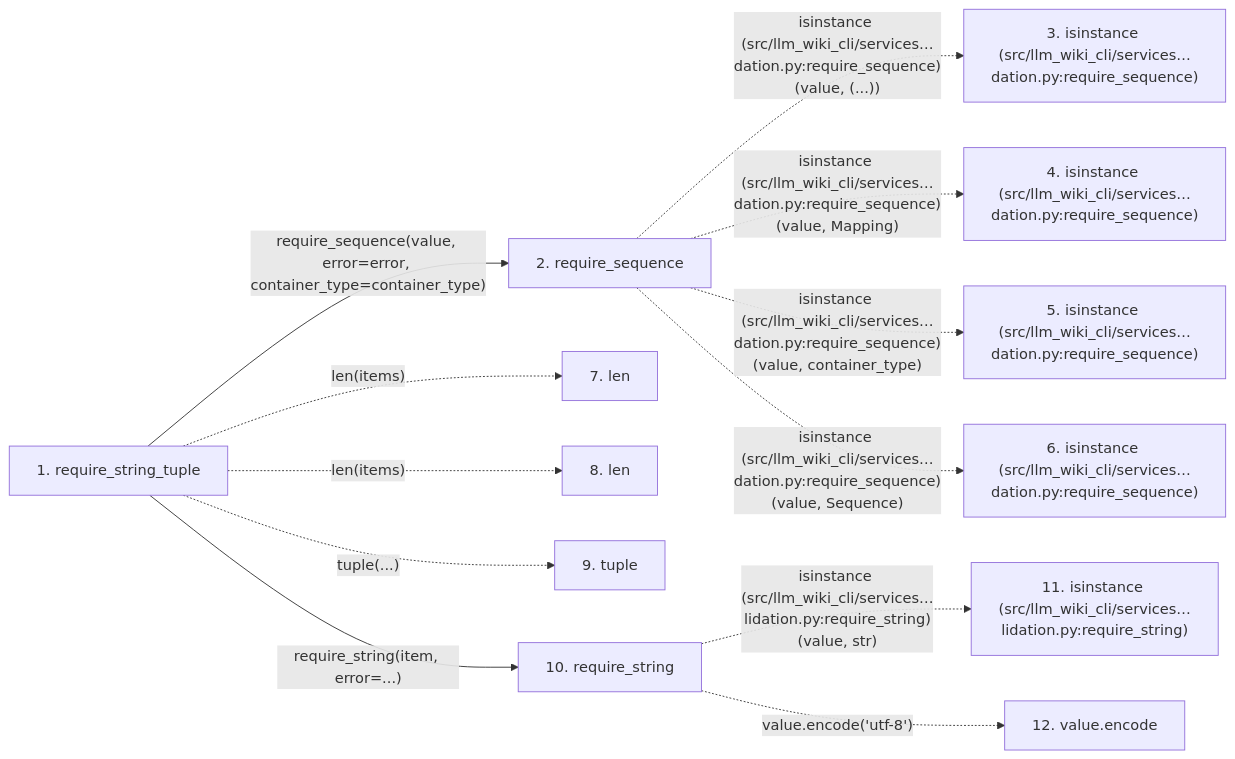
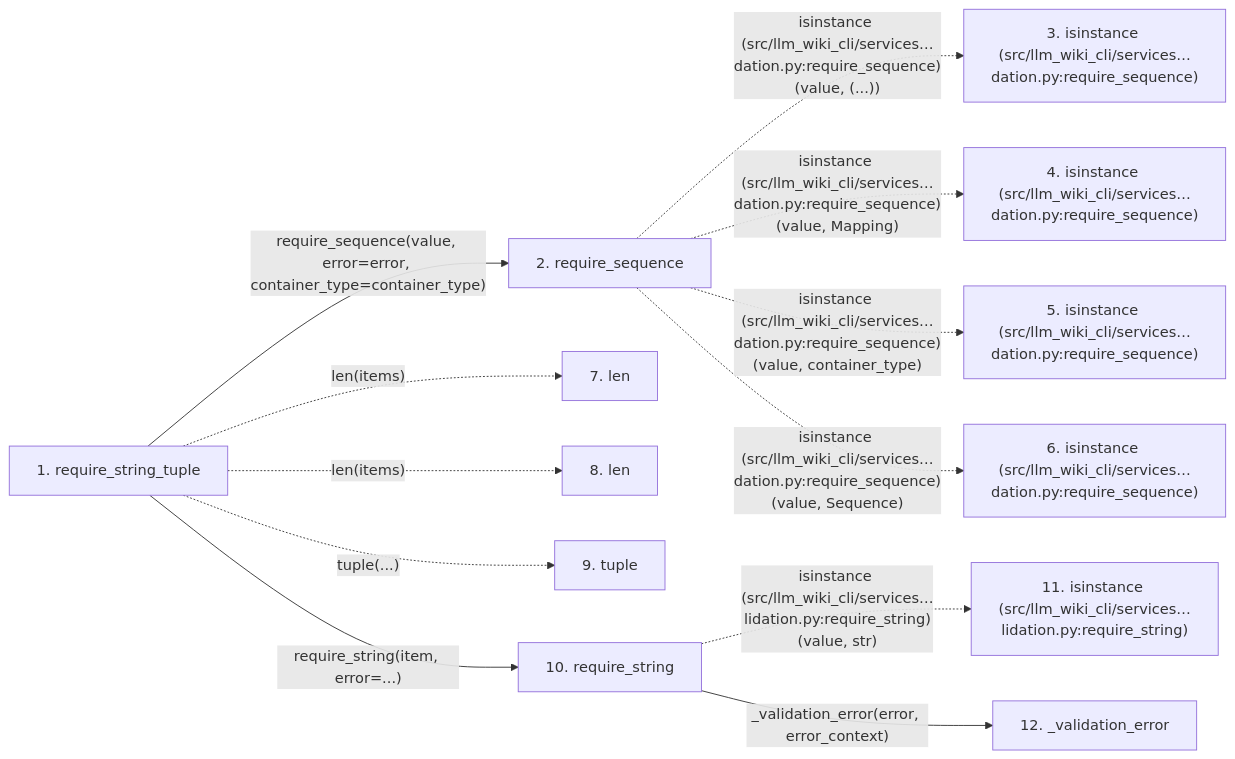
The second of 2 diagrams in docs/llm_wiki/flows/api-require_string_tuple.md (Denissvgn/python-wiki-llm), drawn with Mermaid before and after one commit. The commit also changed other lines of this file and 627 other files, not shown here.

````diff
--- a/docs/llm_wiki/flows/api-require_string_tuple.md
+++ b/docs/llm_wiki/flows/api-require_string_tuple.md
@@ -55,29 +62,30 @@
 ```mermaid
 flowchart LR
     s1["1. require_string_tuple"]
     s2["2. require_sequence"]
     s3["3. isinstance (src/llm_wiki_cli/services…dation.py:require_sequence)"]
     s4["4. isinstance (src/llm_wiki_cli/services…dation.py:require_sequence)"]
     s5["5. isinstance (src/llm_wiki_cli/services…dation.py:require_sequence)"]
     s6["6. isinstance (src/llm_wiki_cli/services…dation.py:require_sequence)"]
     s7["7. len"]
     s8["8. len"]
     s9["9. tuple"]
     s10["10. require_string"]
     s11["11. isinstance (src/llm_wiki_cli/services…lidation.py:require_string)"]
-    s12["12. value.encode"]
+    s12["12. _validation_error"]
     s1 -->|"require_sequence(value, error=error, container_type=container_type)"| s2
     s2 -. "isinstance (src/llm_wiki_cli/services…dation.py:require_sequence)(value, (...))" .-> s3
     s2 -. "isinstance (src/llm_wiki_cli/services…dation.py:require_sequence)(value, Mapping)" .-> s4
     s2 -. "isinstance (src/llm_wiki_cli/services…dation.py:require_sequence)(value, container_type)" .-> s5
     s2 -. "isinstance (src/llm_wiki_cli/services…dation.py:require_sequence)(value, Sequence)" .-> s6
     s1 -. "len(items)" .-> s7
     s1 -. "len(items)" .-> s8
     s1 -. "tuple(...)" .-> s9
     s1 -->|"require_string(item, error=...)"| s10
     s10 -. "isinstance (src/llm_wiki_cli/services…lidation.py:require_string)(value, str)" .-> s11
-    s10 -. "value.encode('utf-8')" .-> s12
+    s10 -->|"_validation_error(error, error_context)"| s12
     click s1 "../modules/validation.md"
     click s2 "../modules/validation.md"
     click s10 "../modules/validation.md"
+    click s12 "../modules/validation.md"
 ```
````
